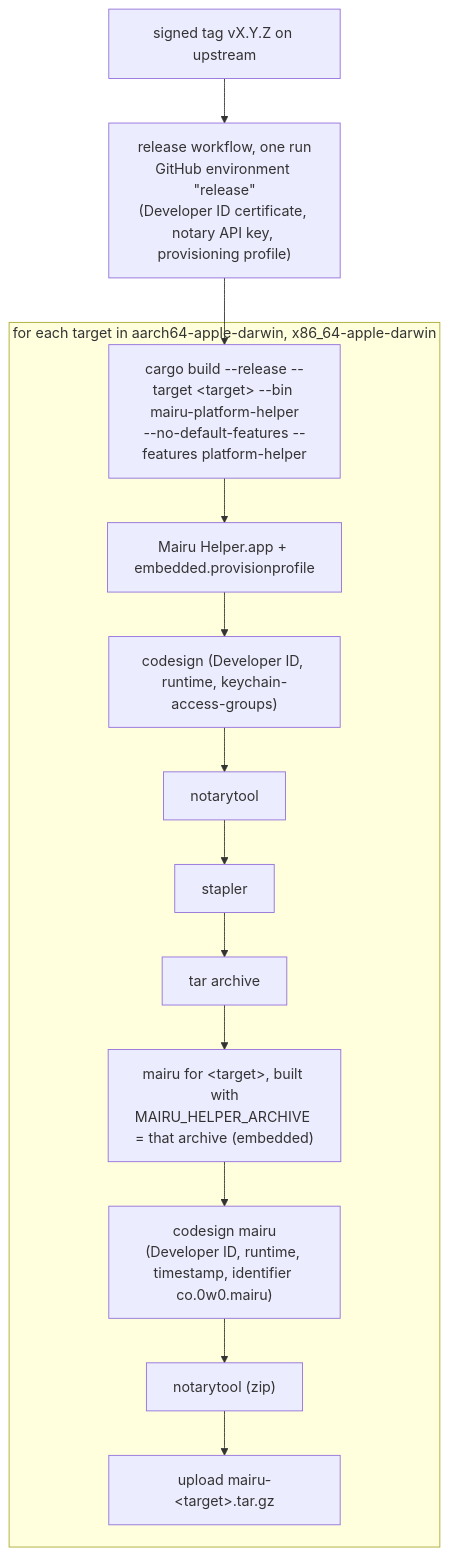
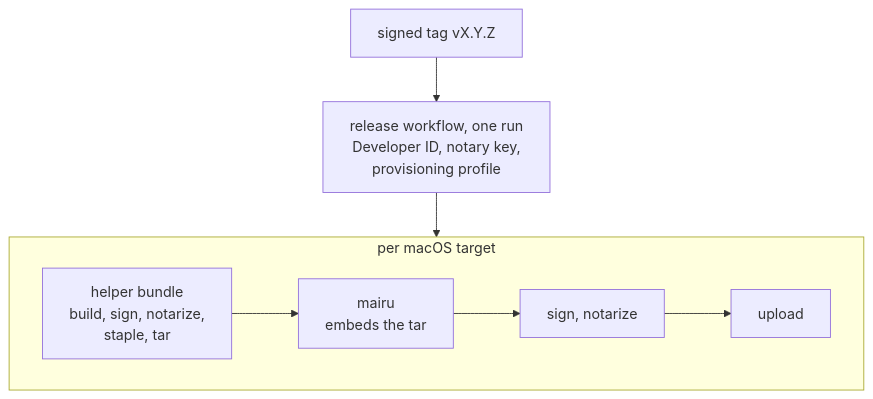
The second of 2 diagrams in docs/specs/019-macos-platform-helper.md (sorah/mairu), drawn with Mermaid before and after one commit. The commit also changed other lines of this file and 17 other files, not shown here.

First line of the commit message:
docs/specs: rework diagrams and helper locations

````diff
--- a/docs/specs/019-macos-platform-helper.md
+++ b/docs/specs/019-macos-platform-helper.md
@@ -402,15 +394,11 @@
 ```mermaid
 flowchart TB
-  TAG["signed tag vX.Y.Z on upstream"] --> WF["release workflow, one run<br/>GitHub environment #quot;release#quot;<br/>(Developer ID certificate, notary API key, provisioning profile)"]
-  WF --> HB
-  subgraph T["for each target in aarch64-apple-darwin, x86_64-apple-darwin"]
-    HB["cargo build --release --target #lt;target#gt; --bin mairu-platform-helper<br/>--no-default-features --features platform-helper"]
-    HB --> APP["Mairu Helper.app + embedded.provisionprofile"]
-    APP --> HCS["codesign (Developer ID, runtime, keychain-access-groups)"]
-    HCS --> HNT["notarytool"] --> ST["stapler"] --> AR["tar archive"]
-    AR --> MB["mairu for #lt;target#gt;, built with<br/>MAIRU_HELPER_ARCHIVE = that archive (embedded)"]
-    MB --> MCS["codesign mairu<br/>(Developer ID, runtime, timestamp, identifier co.0w0.mairu)"]
-    MCS --> MNT["notarytool (zip)"]
-    MNT --> UP["upload mairu-#lt;target#gt;.tar.gz"]
+  TAG["signed tag vX.Y.Z"] --> WF["release workflow, one run<br/>Developer ID, notary key,<br/>provisioning profile"]
+  WF --> T
+  subgraph T["per macOS target"]
+    direction LR
+    HB["helper bundle<br/>build, sign, notarize,<br/>staple, tar"] --> MB["mairu<br/>embeds the tar"]
+    MB --> MS["sign, notarize"]
+    MS --> UP["upload"]
   end
 ```
````
